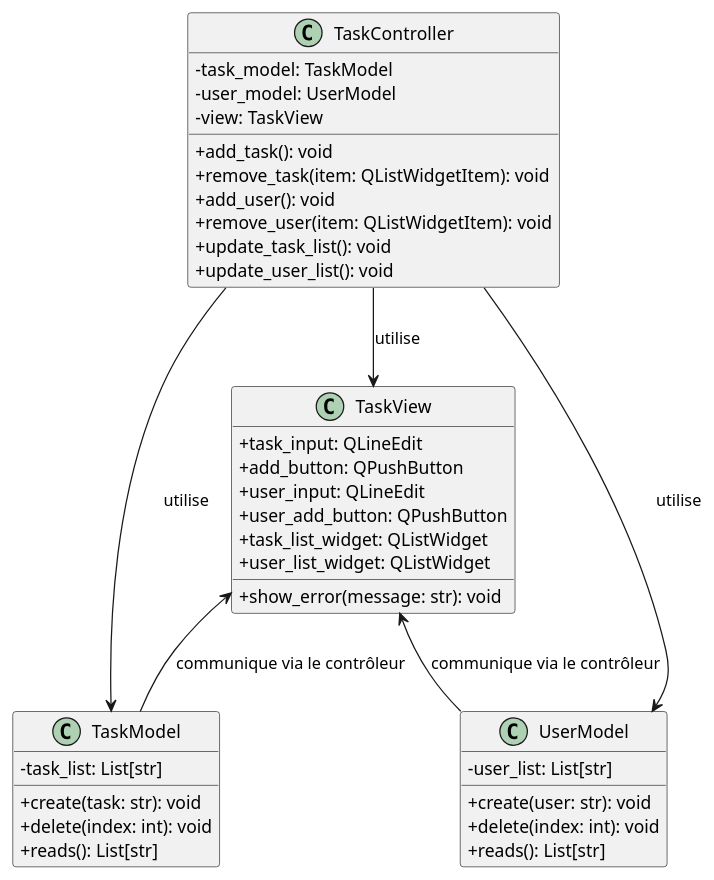
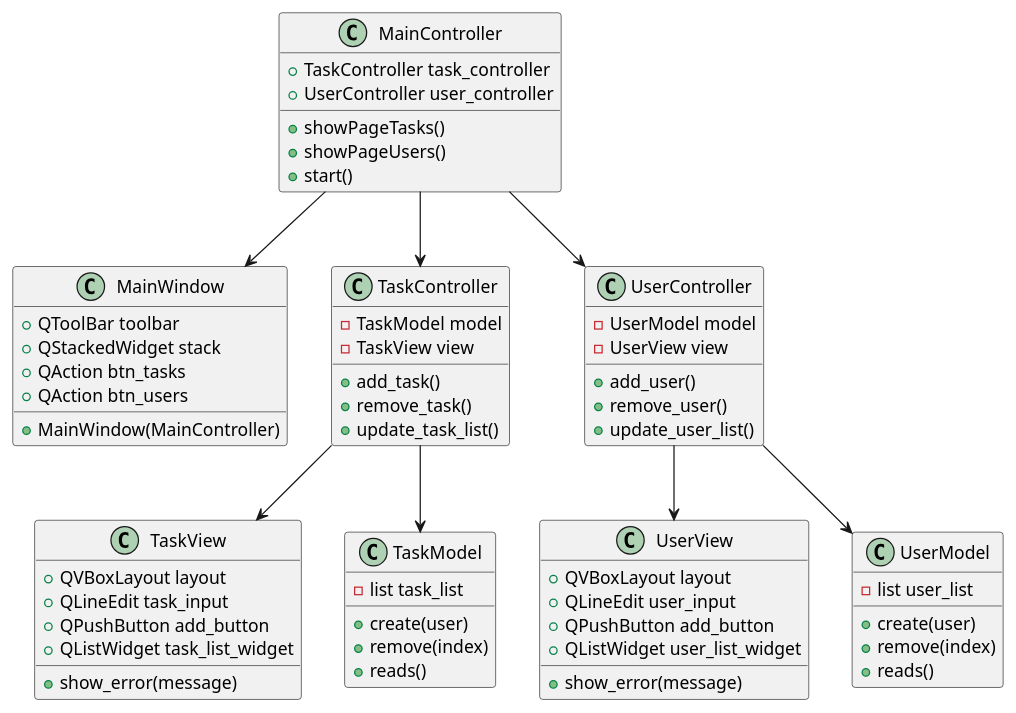
Before and after one commit to ETM44/extended-exemple---pattern-mvc: the diagram in classDiag.wsd, drawn with PlantUML. The commit also changed 6 other files, not shown here.

Commit message:
add MainController

```diff
--- a/classDiag.wsd
+++ b/classDiag.wsd
@@ -1,47 +1,75 @@
-@startuml
-skinparam classAttributeIconSize 0
+@startuml diagram
 
 ' Définition des classes
+class MainWindow {
+    + QToolBar toolbar
+    + QStackedWidget stack
+    + QAction btn_tasks
+    + QAction btn_users
+    + MainWindow(MainController)
+}
+
+class MainController {
+    + TaskController task_controller
+    + UserController user_controller
+    + showPageTasks()
+    + showPageUsers()
+    + start()
+}
+
+class TaskController {
+    - TaskModel model
+    - TaskView view
+    + add_task()
+    + remove_task()
+    + update_task_list()
+}
+
+class UserController {
+    - UserModel model
+    - UserView view
+    + add_user()
+    + remove_user()
+    + update_user_list()
+}
+
+class TaskView {
+    + QVBoxLayout layout
+    + QLineEdit task_input
+    + QPushButton add_button
+    + QListWidget task_list_widget
+    + show_error(message)
+}
+
+class UserView {
+    + QVBoxLayout layout
+    + QLineEdit user_input
+    + QPushButton add_button
+    + QListWidget user_list_widget
+    + show_error(message)
+}
+
 class TaskModel {
-  - task_list: List[str]
-  + create(task: str): void
-  + delete(index: int): void
-  + reads(): List[str]
+    - list task_list
+    + create(user)
+    + remove(index)
+    + reads()
 }
 
 class UserModel {
-  - user_list: List[str]
-  + create(user: str): void
-  + delete(index: int): void
-  + reads(): List[str]
-}
-
-class TaskView {
-  + task_input: QLineEdit
-  + add_button: QPushButton
-  + user_input: QLineEdit
-  + user_add_button: QPushButton
-  + task_list_widget: QListWidget
-  + user_list_widget: QListWidget
-  + show_error(message: str): void
-}
-
-class TaskController {
-  - task_model: TaskModel
-  - user_model: UserModel
-  - view: TaskView
-  + add_task(): void
-  + remove_task(item: QListWidgetItem): void
-  + add_user(): void
-  + remove_user(item: QListWidgetItem): void
-  + update_task_list(): void
-  + update_user_list(): void
+    - list user_list
+    + create(user)
+    + remove(index)
+    + reads()
 }
 
 ' Relations entre les classes
-TaskController --> TaskModel : utilise
-TaskController --> UserModel : utilise
-TaskController --> TaskView : utilise
-TaskView <-- TaskModel : communique via le contrôleur
-TaskView <-- UserModel : communique via le contrôleur
+MainController --> MainWindow
+MainController --> TaskController
+MainController --> UserController
+TaskController --> TaskView
+TaskController --> TaskModel
+UserController --> UserView
+UserController --> UserModel
+
 @enduml
```
